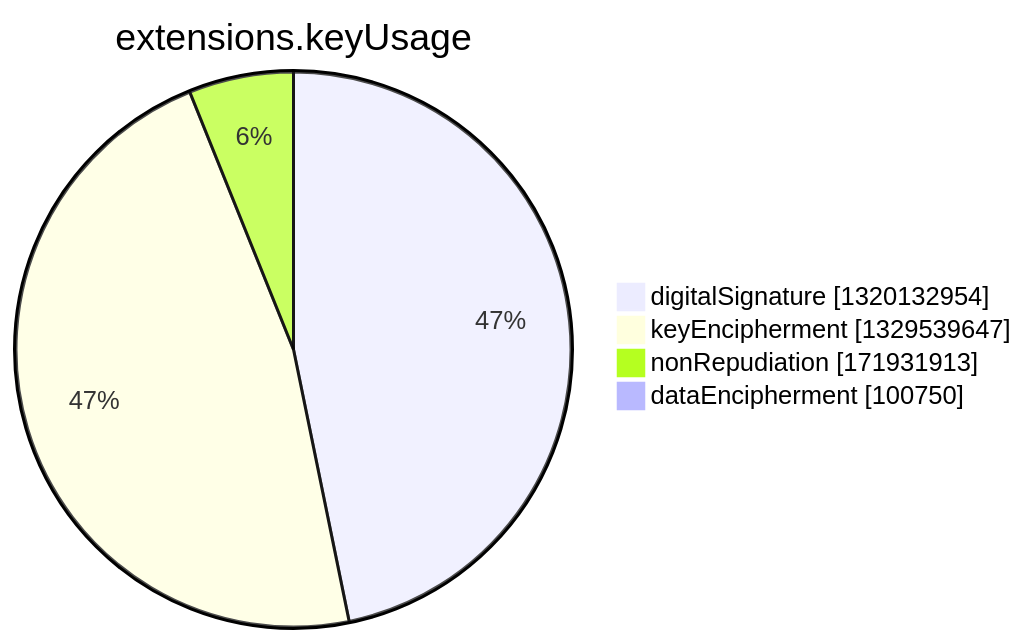
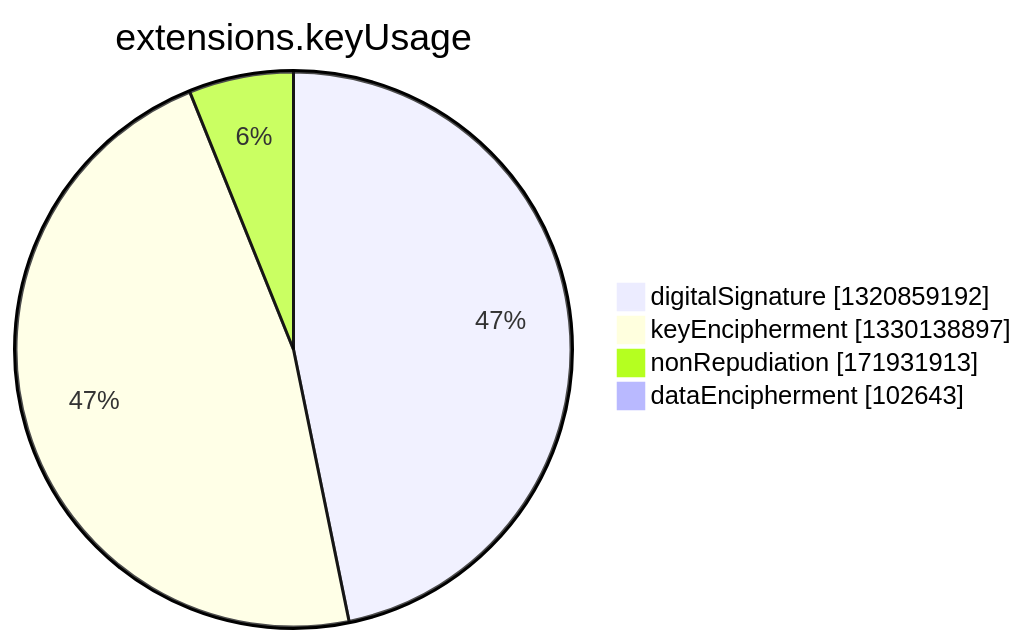
One commit to christiankrug/ctmonitor_visualization changed the seventh of 15 diagrams in argon2022/README.md. Above: the diagram before and after it, drawn with Mermaid. The commit also changed other lines of this file, not shown here.

````diff
--- a/argon2022/README.md
+++ b/argon2022/README.md
@@ -2750,8 +2750,8 @@
 ```mermaid
 pie showData
 title extensions.keyUsage
-"digitalSignature" :1320132954
-"keyEncipherment" :1329539647
+"digitalSignature" :1320859192
+"keyEncipherment" :1330138897
 "nonRepudiation" :171931913
-"dataEncipherment" :100750
+"dataEncipherment" :102643
 ```
````
